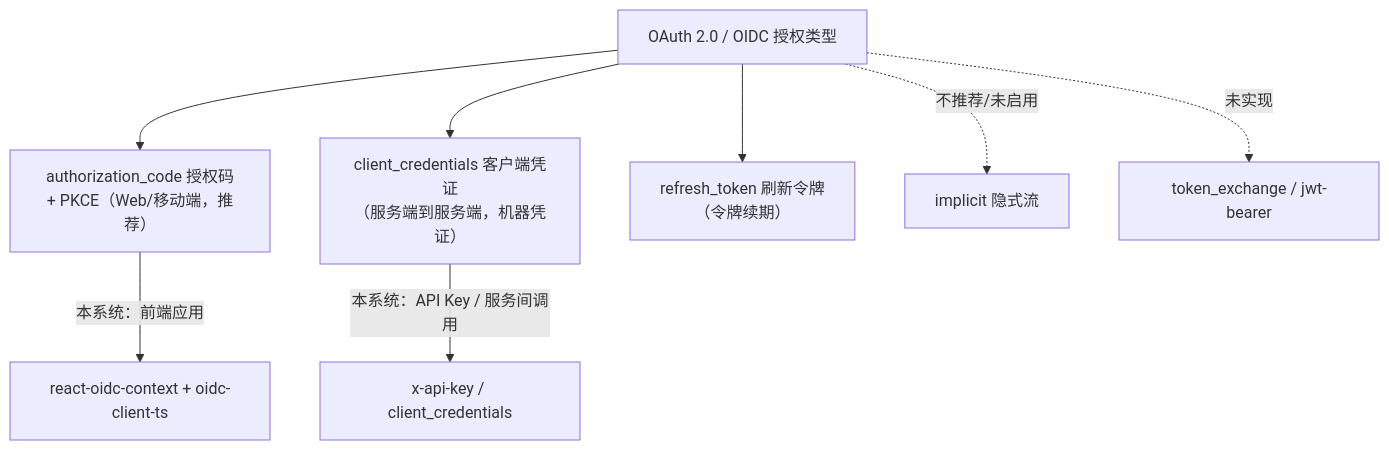
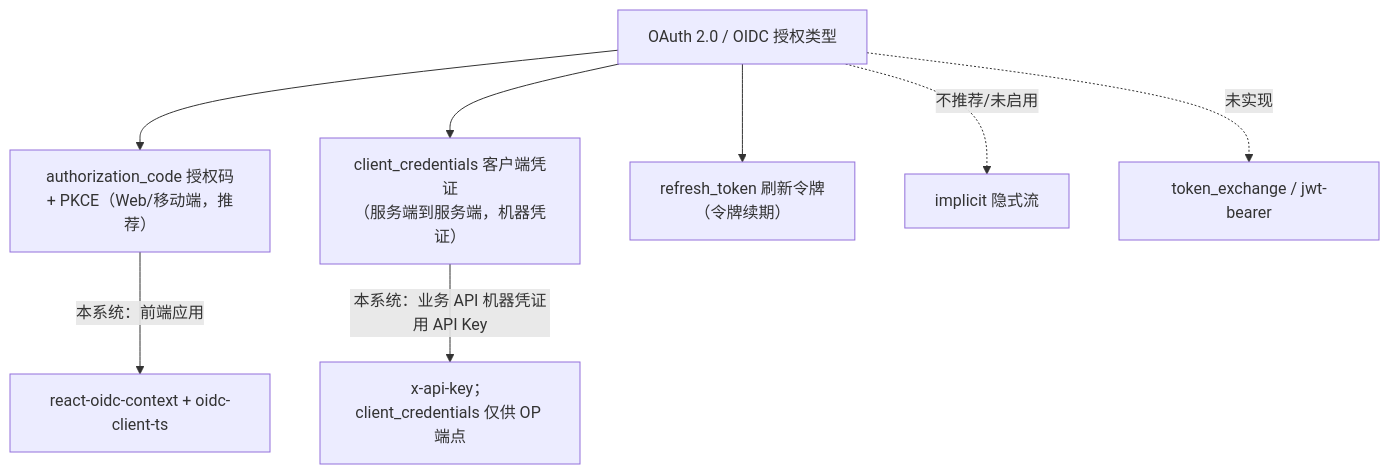
One commit to morehao/ark-iam changed the third of 12 diagrams in docs/design/sso-oidc-concepts.md. Above: the diagram before and after it, drawn with Mermaid. The commit also changed other lines of this file and 100 other files, not shown here.

````diff
--- a/docs/design/sso-oidc-concepts.md
+++ b/docs/design/sso-oidc-concepts.md
@@ -151,10 +151,10 @@
 ```mermaid
 flowchart TB
     GT["OAuth 2.0 / OIDC 授权类型"] --> AC["authorization_code 授权码<br/>+ PKCE（Web/移动端，推荐）"]
     GT --> CC["client_credentials 客户端凭证<br/>（服务端到服务端，机器凭证）"]
     GT --> RT["refresh_token 刷新令牌<br/>（令牌续期）"]
     GT -.不推荐/未启用.-> IMP["implicit 隐式流"]
     GT -.未实现.-> TE["token_exchange / jwt-bearer"]
     AC -->|"本系统：前端应用"| USE1["react-oidc-context + oidc-client-ts"]
-    CC -->|"本系统：API Key / 服务间调用"| USE2["x-api-key / client_credentials"]
+    CC -->|"本系统：业务 API 机器凭证用 API Key"| USE2["x-api-key；client_credentials 仅供 OP 端点"]
 ```
````
